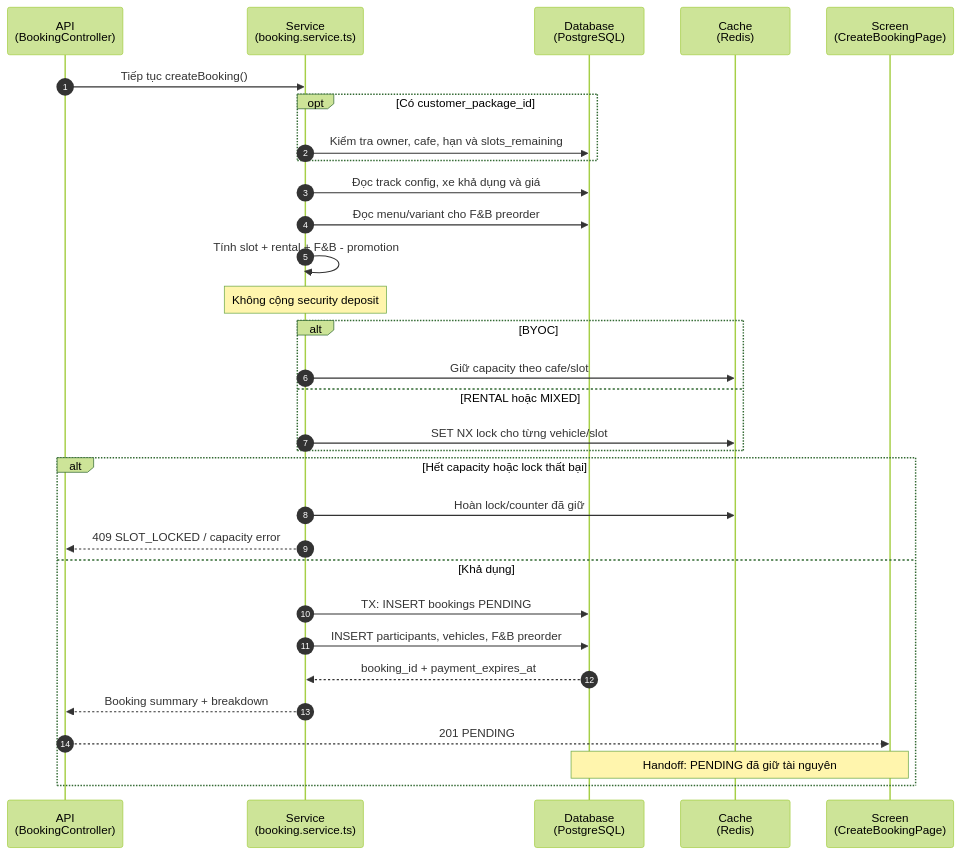
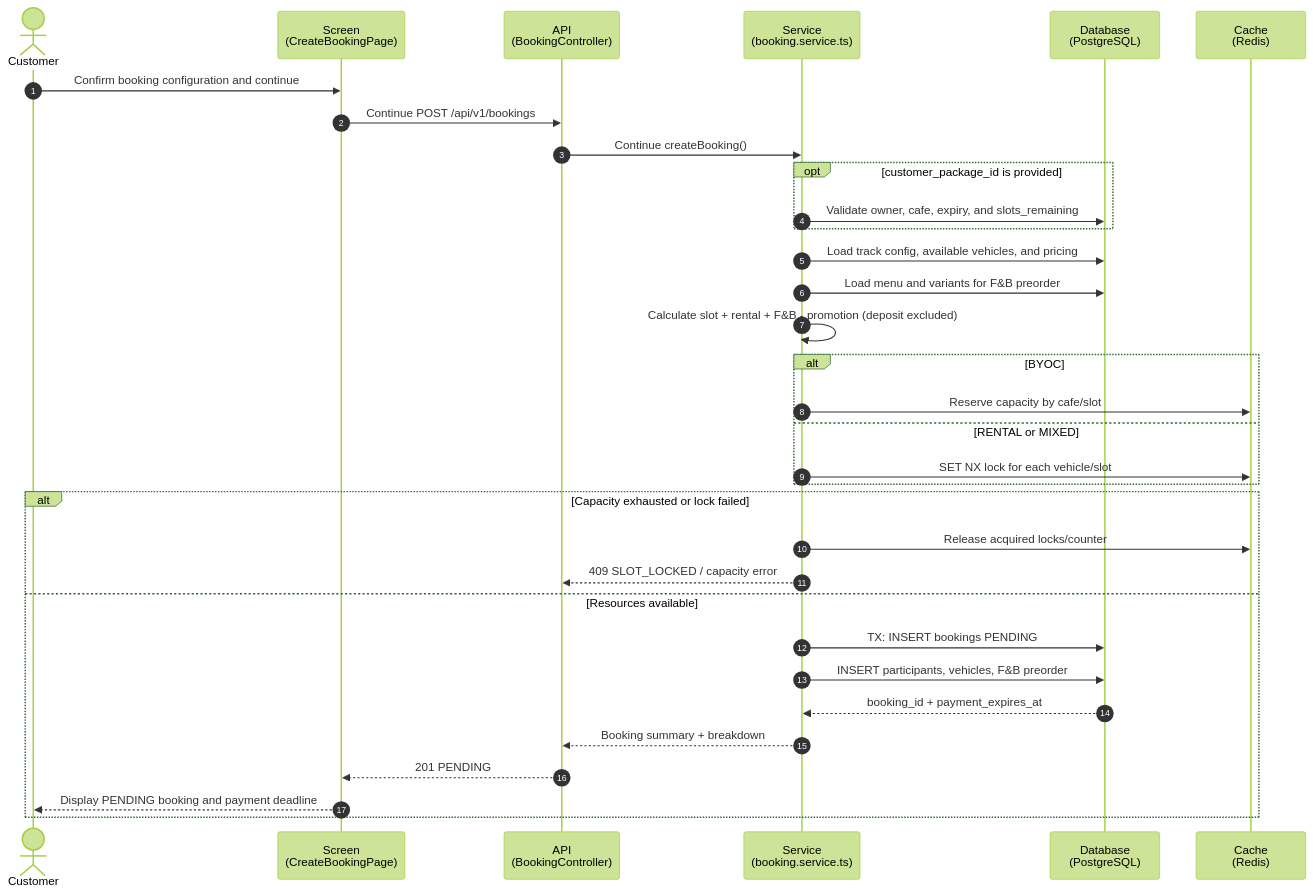
Before and after one commit to tomishere0712/rcfield-platform: the second of 6 diagrams in docs/diagrams/sequence/sequence-flow-booking-payment-report4.md, drawn with Mermaid (forest theme). The commit also changed other lines of this file and 21 other files, not shown here.

````diff
--- a/docs/diagrams/sequence/sequence-flow-booking-payment-report4.md
+++ b/docs/diagrams/sequence/sequence-flow-booking-payment-report4.md
@@ -34,33 +34,37 @@
 ```mermaid
 sequenceDiagram
     autonumber
+    actor C as Customer
+    participant UI as Screen<br/>(CreateBookingPage)
     participant API as API<br/>(BookingController)
     participant BS as Service<br/>(booking.service.ts)
     participant DB as Database<br/>(PostgreSQL)
     participant R as Cache<br/>(Redis)
-    participant UI as Screen<br/>(CreateBookingPage)
-    API->>BS: Tiếp tục createBooking()
-    opt Có customer_package_id
-        BS->>DB: Kiểm tra owner, cafe, hạn và slots_remaining
+    C->>UI: Confirm booking configuration and continue
+    UI->>API: Continue POST /api/v1/bookings
+    API->>BS: Continue createBooking()
+    opt customer_package_id is provided
+        BS->>DB: Validate owner, cafe, expiry, and slots_remaining
     end
-    BS->>DB: Đọc track config, xe khả dụng và giá
-    BS->>DB: Đọc menu/variant cho F&B preorder
-    BS->>BS: Tính slot + rental + F&B - promotion
-    Note over BS: Không cộng security deposit
+    BS->>DB: Load track config, available vehicles, and pricing
+    BS->>DB: Load menu and variants for F&B preorder
+    BS->>BS: Calculate slot + rental + F&B - promotion (deposit excluded)
+    
     alt BYOC
-        BS->>R: Giữ capacity theo cafe/slot
-    else RENTAL hoặc MIXED
-        BS->>R: SET NX lock cho từng vehicle/slot
+        BS->>R: Reserve capacity by cafe/slot
+    else RENTAL or MIXED
+        BS->>R: SET NX lock for each vehicle/slot
     end
-    alt Hết capacity hoặc lock thất bại
-        BS->>R: Hoàn lock/counter đã giữ
+    alt Capacity exhausted or lock failed
+        BS->>R: Release acquired locks/counter
         BS-->>API: 409 SLOT_LOCKED / capacity error
-    else Khả dụng
+    else Resources available
         BS->>DB: TX: INSERT bookings PENDING
         BS->>DB: INSERT participants, vehicles, F&B preorder
         DB-->>BS: booking_id + payment_expires_at
         BS-->>API: Booking summary + breakdown
         API-->>UI: 201 PENDING
-        Note over UI,DB: Handoff: PENDING đã giữ tài nguyên
+        UI-->>C: Display PENDING booking and payment deadline
+        
     end
 ```
````
